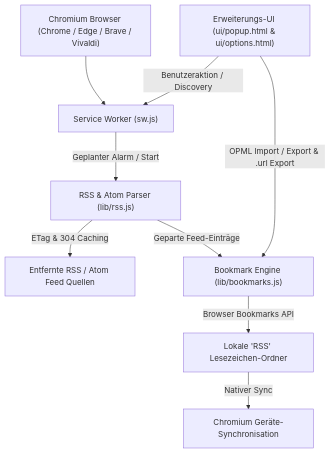
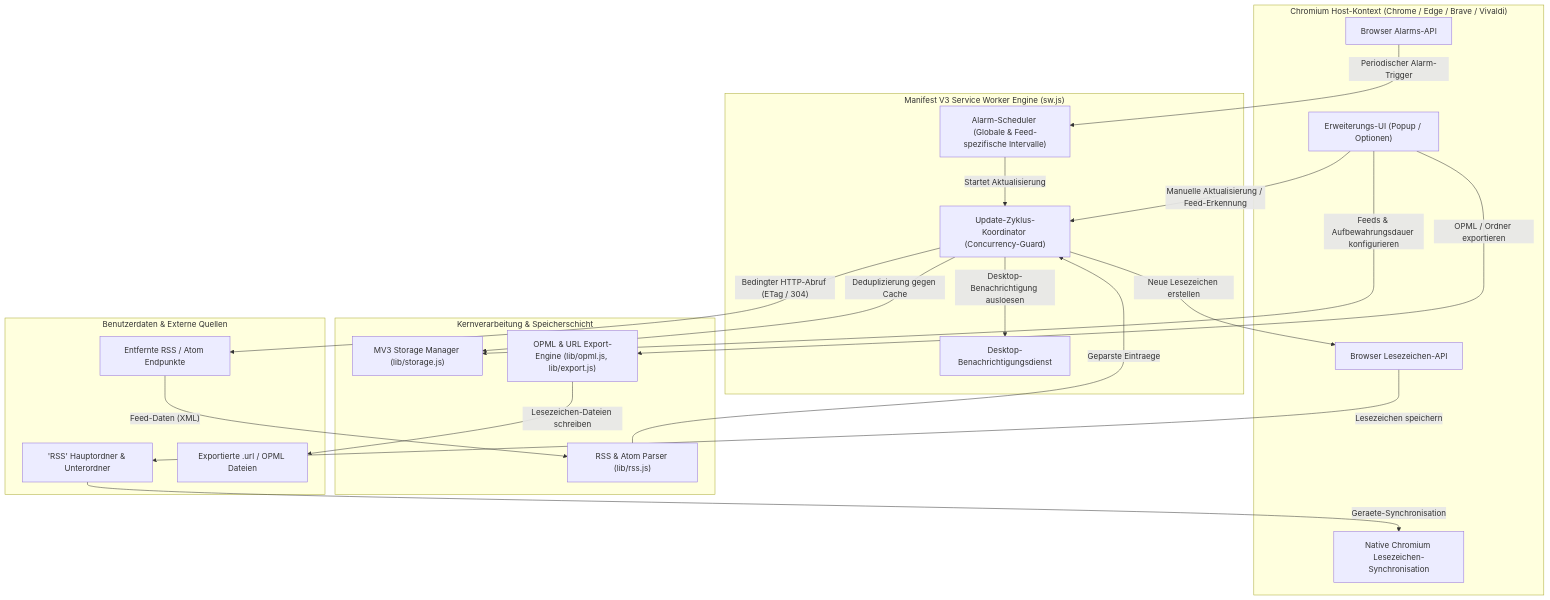
One commit to file-bricks/RSS-BOOK changed the first of 2 diagrams in README_de.md. Above: the diagram before and after it, drawn with Mermaid. The commit also changed other lines of this file and 6 other files, not shown here.

Commit message:
docs(marketing): bilingual discoverability architecture, sequence diagrams, and seo audit

````diff
--- a/README_de.md
+++ b/README_de.md
@@ -27,12 +60,42 @@
 ```mermaid
-graph TD
-    A["Chromium Browser (Chrome / Edge / Brave / Vivaldi)"] --> B["Service Worker (sw.js)"]
-    B -->|Geplanter Alarm / Start| C["RSS & Atom Parser (lib/rss.js)"]
-    C -->|ETag & 304 Caching| D["Entfernte RSS / Atom Feed Quellen"]
-    C -->|Geparte Feed-Einträge| E["Bookmark Engine (lib/bookmarks.js)"]
-    E -->|Browser Bookmarks API| F["Lokale 'RSS' Lesezeichen-Ordner"]
-    F -->|Nativer Sync| G["Chromium Geräte-Synchronisation"]
-    
-    H["Erweiterungs-UI (ui/popup.html & ui/options.html)"] -->|Benutzeraktion / Discovery| B
-    H -->|OPML Import / Export & .url Export| E
+flowchart TD
+    subgraph BROWSER["Chromium Host-Kontext (Chrome / Edge / Brave / Vivaldi)"]
+        UI["Erweiterungs-UI (Popup / Optionen)"]
+        SYNC["Native Chromium Lesezeichen-Synchronisation"]
+        BM_API["Browser Lesezeichen-API"]
+        ALARM["Browser Alarms-API"]
+    end
+
+    subgraph SW["Manifest V3 Service Worker Engine (sw.js)"]
+        CYCLE["Update-Zyklus-Koordinator (Concurrency-Guard)"]
+        SCHED["Alarm-Scheduler (Globale & Feed-spezifische Intervalle)"]
+        NOTIF["Desktop-Benachrichtigungsdienst"]
+    end
+
+    subgraph ENGINE["Kernverarbeitung & Speicherschicht"]
+        PARSER["RSS & Atom Parser (lib/rss.js)"]
+        STORAGE["MV3 Storage Manager (lib/storage.js)"]
+        OPML["OPML & URL Export-Engine (lib/opml.js, lib/export.js)"]
+    end
+
+    subgraph LOCAL["Benutzerdaten & Externe Quellen"]
+        FEEDS["Entfernte RSS / Atom Endpunkte"]
+        BOOKMARKS["'RSS' Hauptordner & Unterordner"]
+        EXPORT_FILES["Exportierte .url / OPML Dateien"]
+    end
+
+    ALARM -->|"Periodischer Alarm-Trigger"| SCHED
+    SCHED -->|"Startet Aktualisierung"| CYCLE
+    UI -->|"Manuelle Aktualisierung / Feed-Erkennung"| CYCLE
+    UI -->|"Feeds & Aufbewahrungsdauer konfigurieren"| STORAGE
+    UI -->|"OPML / Ordner exportieren"| OPML
+    CYCLE -->|"Bedingter HTTP-Abruf (ETag / 304)"| FEEDS
+    FEEDS -->|"Feed-Daten (XML)"| PARSER
+    PARSER -->|"Geparste Eintraege"| CYCLE
+    CYCLE -->|"Deduplizierung gegen Cache"| STORAGE
+    CYCLE -->|"Neue Lesezeichen erstellen"| BM_API
+    BM_API -->|"Lesezeichen speichern"| BOOKMARKS
+    BOOKMARKS -->|"Geraete-Synchronisation"| SYNC
+    CYCLE -->|"Desktop-Benachrichtigung ausloesen"| NOTIF
+    OPML -->|"Lesezeichen-Dateien schreiben"| EXPORT_FILES
 ```
````
